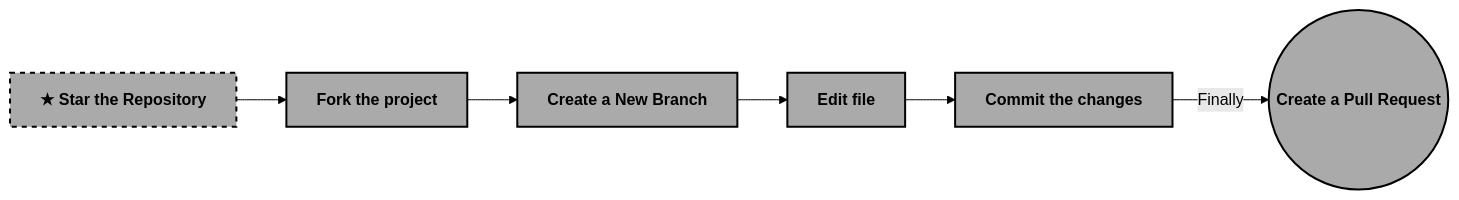
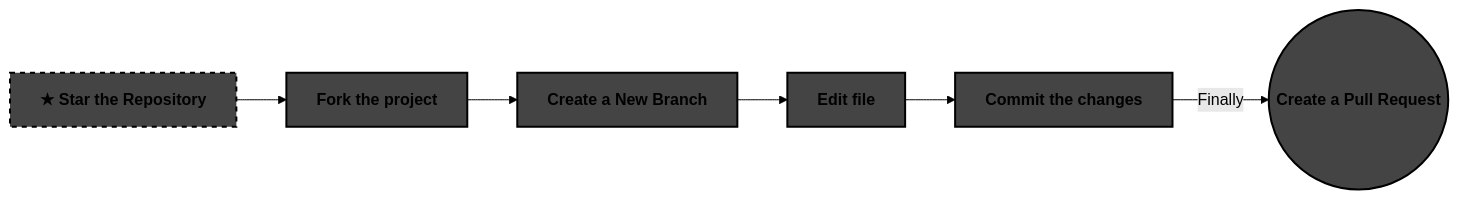
The diagram in README.md (victorpreston/HackLab), drawn with Mermaid (forest theme) before and after one commit.

````diff
--- a/README.md
+++ b/README.md
@@ -183,15 +183,15 @@
 ```mermaid
 flowchart LR
-    style Star fill:#aaaaaa,stroke:#000000,stroke-width:2px,stroke-dasharray:5,5,font-weight:bold
-    style Fork fill:#aaaaaa,stroke:#000000,stroke-width:2px,font-weight:bold
-    style branch fill:#aaaaaa,stroke:#000000,stroke-width:2px,font-weight:bold
-    style Edit fill:#aaaaaa,stroke:#000000,stroke-width:2px,font-weight:bold
-    style commit fill:#aaaaaa,stroke:#000000,stroke-width:2px,font-weight:bold
-    style creatpr fill:#aaaaaa,stroke:#000000,stroke-width:2px,font-weight:bold
+    style Star fill:#444444,stroke:#000000,stroke-width:2px,stroke-dasharray:5,5,font-weight:bold
+    style Fork fill:#444444,stroke:#000000,stroke-width:2px,font-weight:bold
+    style branch fill:#444444,stroke:#000000,stroke-width:2px,font-weight:bold
+    style Edit fill:#444444,stroke:#000000,stroke-width:2px,font-weight:bold
+    style commit fill:#444444,stroke:#000000,stroke-width:2px,font-weight:bold
+    style creatpr fill:#444444,stroke:#000000,stroke-width:2px,font-weight:bold
     Star["★ Star the Repository"]-->Fork
     Fork[Fork the project]-->branch[Create a New Branch]
     branch-->Edit[Edit file]
     Edit-->commit[Commit the changes]
     commit -->|Finally|creatpr((Create a Pull Request))
     
  ```
````
